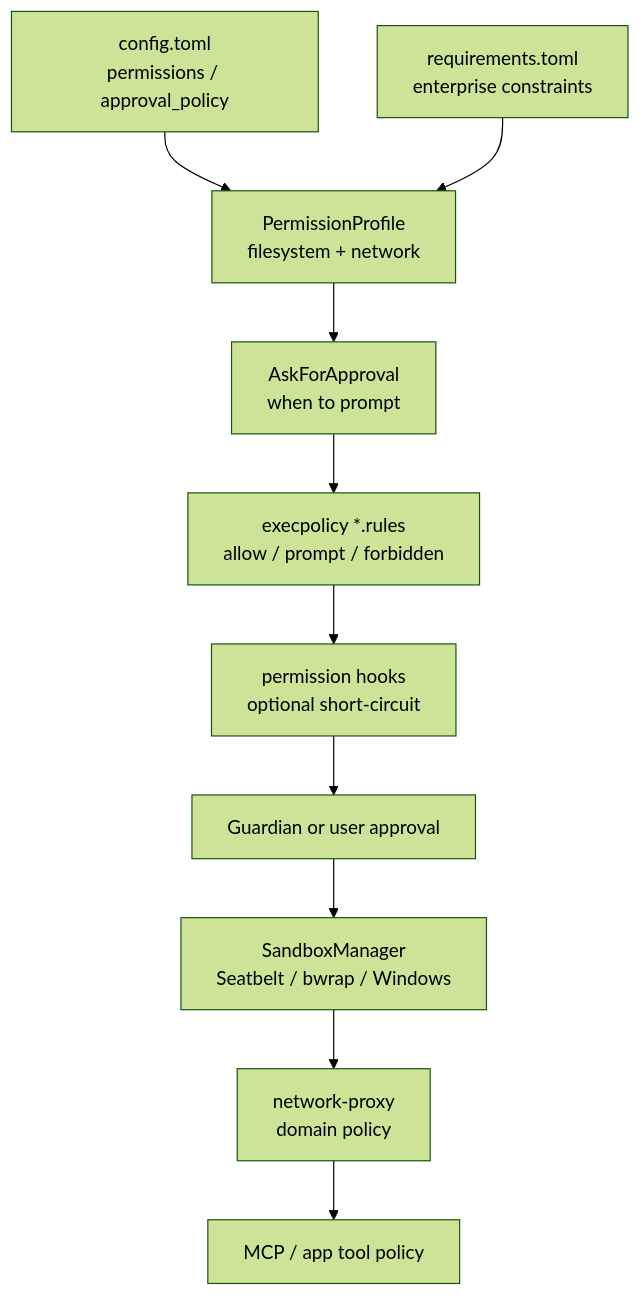
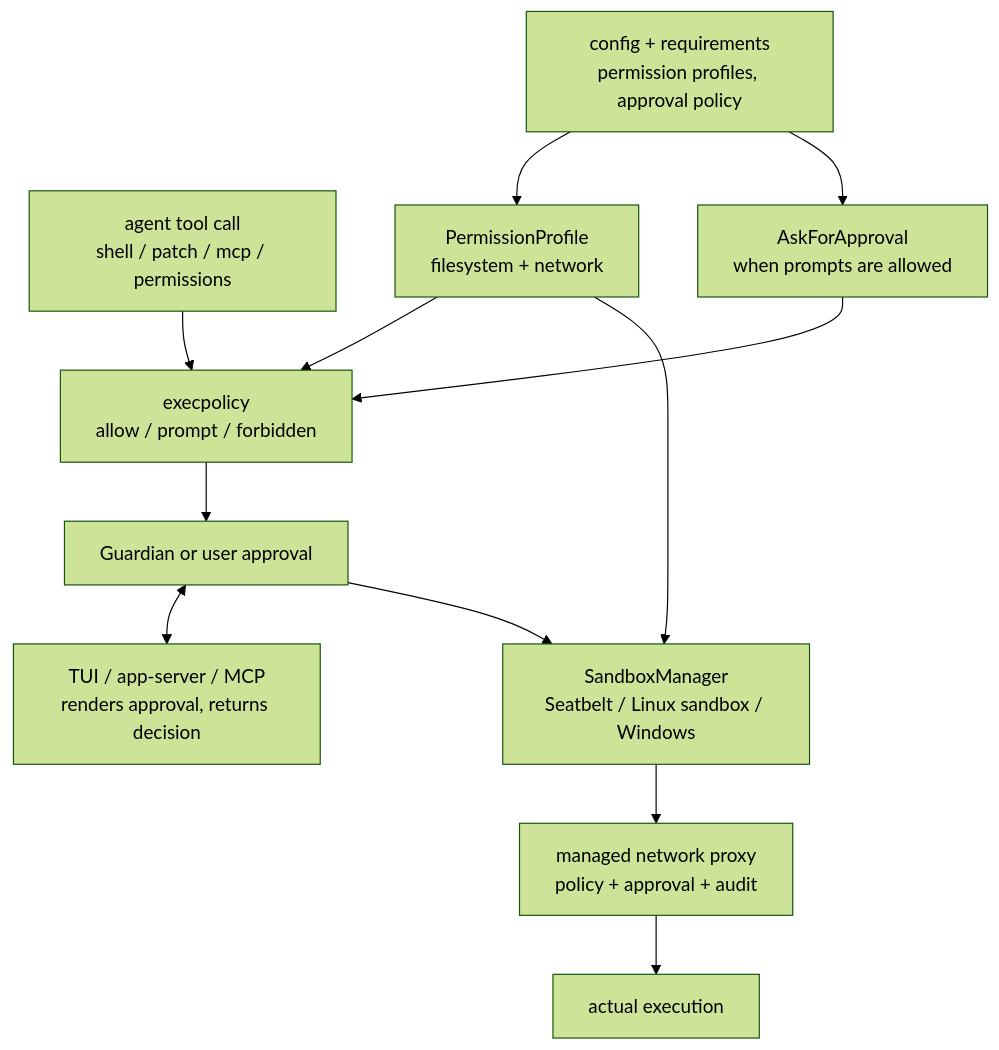
The first of 2 diagrams in notes/codex/security-design.md (anneincontext/codex-labs), drawn with Mermaid (forest theme) before and after one commit. The commit also changed other lines of this file and 1 other file, not shown here.

````diff
--- a/notes/codex/security-design.md
+++ b/notes/codex/security-design.md
@@ -23,23 +25,25 @@
 ```mermaid
 flowchart TD
-  config["config.toml\npermissions / approval_policy"]
-  req["requirements.toml\nenterprise constraints"]
+  request["agent tool call\nshell / patch / mcp / permissions"]
+  config["config + requirements\npermission profiles, approval policy"]
   profile["PermissionProfile\nfilesystem + network"]
-  approval["AskForApproval\nwhen to prompt"]
-  execpolicy["execpolicy *.rules\nallow / prompt / forbidden"]
-  hooks["permission hooks\noptional short-circuit"]
+  approval["AskForApproval\nwhen prompts are allowed"]
+  rules["execpolicy\nallow / prompt / forbidden"]
   guardian["Guardian or user approval"]
-  sandbox["SandboxManager\nSeatbelt / bwrap / Windows"]
-  netproxy["network-proxy\ndomain policy"]
-  mcp["MCP / app tool policy"]
+  sandbox["SandboxManager\nSeatbelt / Linux sandbox / Windows"]
+  net["managed network proxy\npolicy + approval + audit"]
+  exec["actual execution"]
+  client["TUI / app-server / MCP\nrenders approval, returns decision"]
 
   config --> profile
-  req --> profile
-  profile --> approval
-  approval --> execpolicy
-  execpolicy --> hooks
-  hooks --> guardian
+  config --> approval
+  request --> rules
+  profile --> rules
+  approval --> rules
+  rules --> guardian
+  guardian <--> client
   guardian --> sandbox
-  sandbox --> netproxy
-  netproxy --> mcp
+  profile --> sandbox
+  sandbox --> net
+  net --> exec
 ```
````
